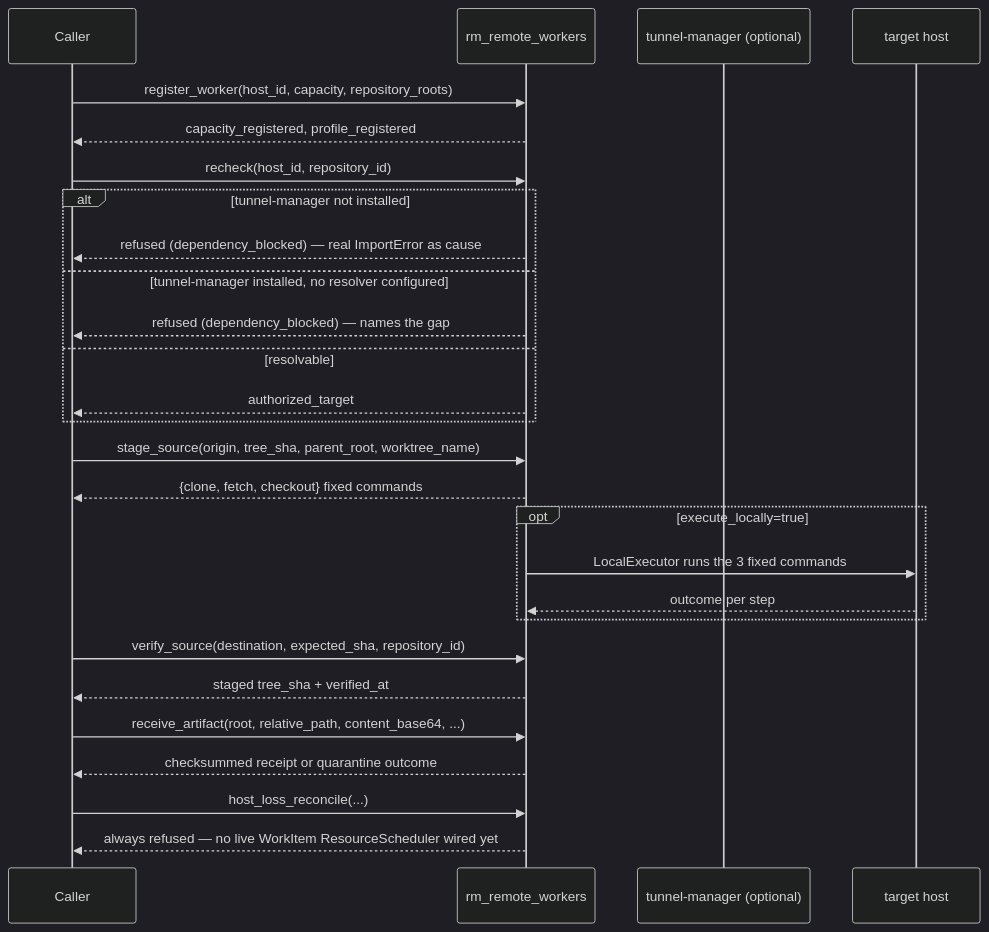
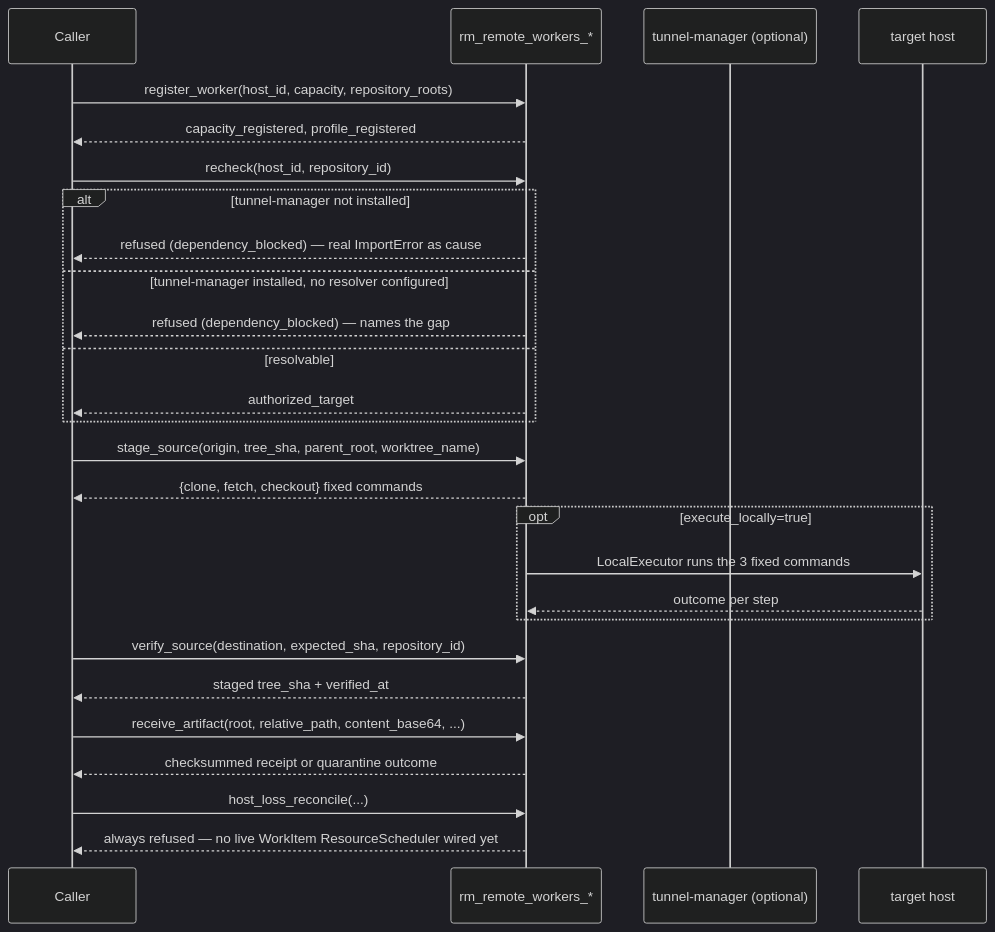
Before and after one commit to Knuckles-Team/repository-manager: the diagram in repository_manager/skills/repository-manager-worker-operations/SKILL.md, drawn with Mermaid (dark theme). The commit also changed other lines of this file and 33 other files, not shown here.

````diff
--- a/repository_manager/skills/repository-manager-worker-operations/SKILL.md
+++ b/repository_manager/skills/repository-manager-worker-operations/SKILL.md
@@ -133,35 +133,35 @@
 ```mermaid
 sequenceDiagram
     participant Caller
-    participant RM as rm_remote_workers
+    participant RM as rm_remote_workers_*
     participant TM as tunnel-manager (optional)
     participant Worker as target host
 
     Caller->>RM: register_worker(host_id, capacity, repository_roots)
     RM-->>Caller: capacity_registered, profile_registered
 
     Caller->>RM: recheck(host_id, repository_id)
     alt tunnel-manager not installed
         RM-->>Caller: refused (dependency_blocked) — real ImportError as cause
     else tunnel-manager installed, no resolver configured
         RM-->>Caller: refused (dependency_blocked) — names the gap
     else resolvable
         RM-->>Caller: authorized_target
     end
 
     Caller->>RM: stage_source(origin, tree_sha, parent_root, worktree_name)
     RM-->>Caller: {clone, fetch, checkout} fixed commands
     opt execute_locally=true
         RM->>Worker: LocalExecutor runs the 3 fixed commands
         Worker-->>RM: outcome per step
     end
 
     Caller->>RM: verify_source(destination, expected_sha, repository_id)
     RM-->>Caller: staged tree_sha + verified_at
 
     Caller->>RM: receive_artifact(root, relative_path, content_base64, ...)
     RM-->>Caller: checksummed receipt or quarantine outcome
 
     Caller->>RM: host_loss_reconcile(...)
     RM-->>Caller: always refused — no live WorkItem ResourceScheduler wired yet
 ```
````
